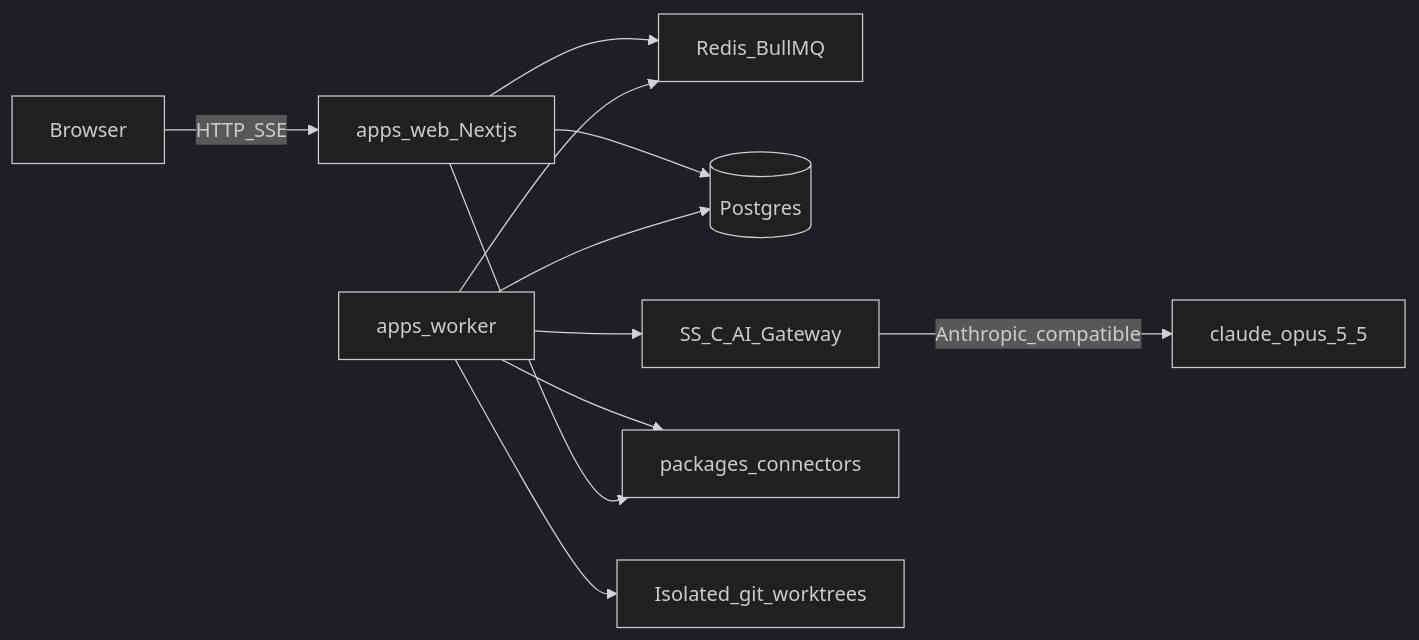
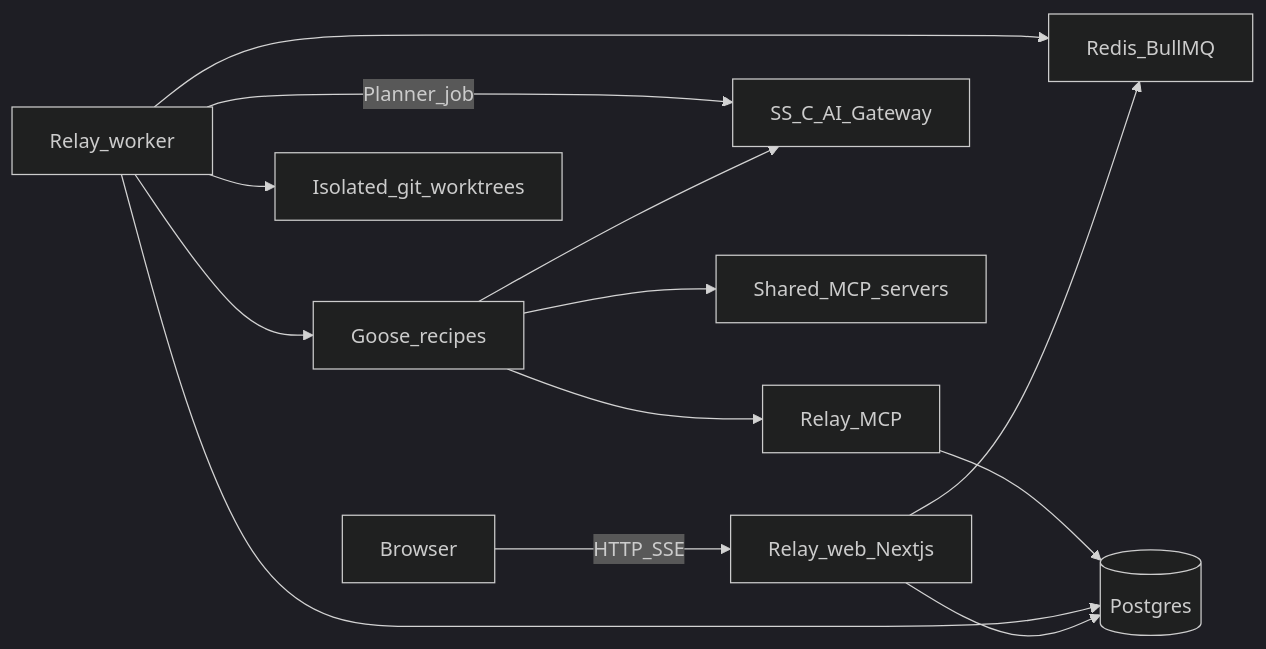
The diagram in docs/architecture.md (lexurtin1/Relay), drawn with Mermaid (dark theme) before and after one commit. The commit also changed other lines of this file and 4 other files, not shown here.

````diff
--- a/docs/architecture.md
+++ b/docs/architecture.md
@@ -5,22 +5,26 @@
 ```mermaid
 flowchart LR
   browser[Browser]
-  web[apps_web_Nextjs]
-  worker[apps_worker]
+  web[Relay_web_Nextjs]
+  worker[Relay_worker]
   queue[Redis_BullMQ]
   db[(Postgres)]
   gateway[SS_C_AI_Gateway]
-  connectors[packages_connectors]
+  goose[Goose_recipes]
+  mcpShared[Shared_MCP_servers]
+  mcpRelay[Relay_MCP]
   worktrees[Isolated_git_worktrees]
 
   browser -->|HTTP_SSE| web
   web --> db
   web --> queue
   worker --> queue
   worker --> db
-  worker --> gateway
-  worker --> connectors
+  worker --> goose
+  goose --> gateway
+  goose --> mcpShared
+  goose --> mcpRelay
+  mcpRelay --> db
+  worker -->|Planner_job| gateway
   worker --> worktrees
-  web --> connectors
-  gateway -->|Anthropic_compatible| model[claude_opus_5_5]
 ```
````
